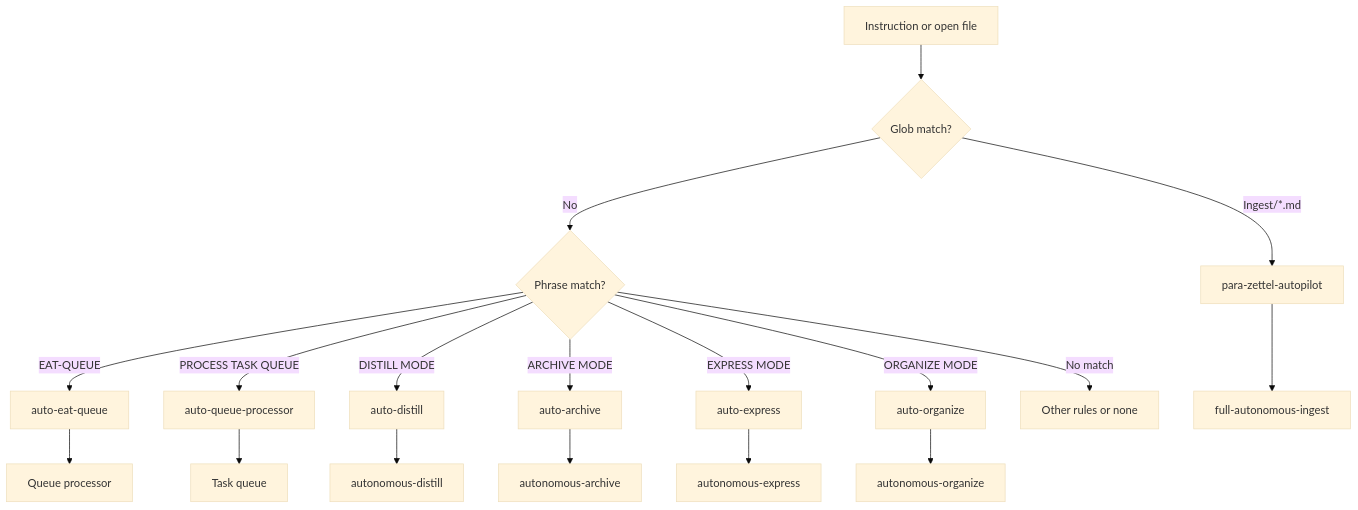
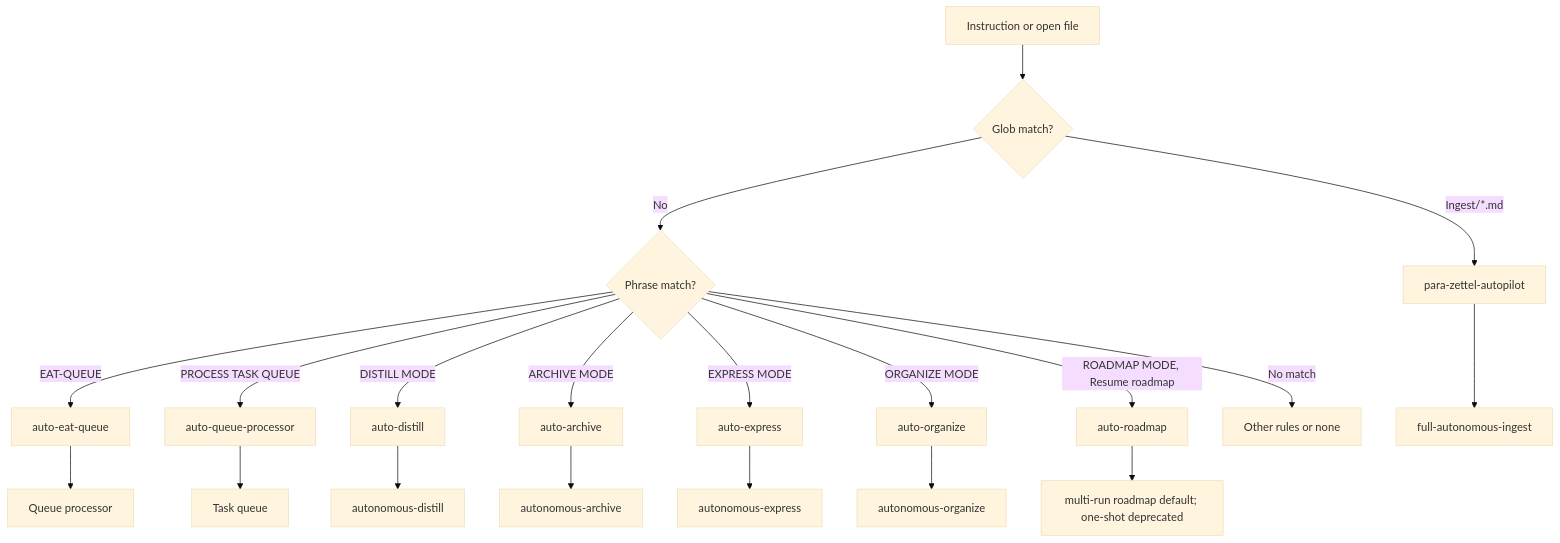
Before and after one commit to L0RDTH0TH/genesis-mythos-master-roadmap: the second of 2 diagrams in 3-Resources/Second-Brain/Rules.md, drawn with Mermaid (base theme). The commit also changed other lines of this file and 3337 other files, not shown here.

````diff
--- a/3-Resources/Second-Brain/Rules.md
+++ b/3-Resources/Second-Brain/Rules.md
@@ -96,21 +70,23 @@
 ```mermaid
 flowchart TD
   Input[Instruction or open file]
   Input --> Glob{Glob match?}
   Glob -->|Ingest/*.md| Ingest[para-zettel-autopilot]
   Glob -->|No| Phrase{Phrase match?}
   Phrase -->|EAT-QUEUE| Queue[auto-eat-queue]
   Phrase -->|PROCESS TASK QUEUE| TaskQ[auto-queue-processor]
   Phrase -->|DISTILL MODE| Distill[auto-distill]
   Phrase -->|ARCHIVE MODE| Archive[auto-archive]
   Phrase -->|EXPRESS MODE| Express[auto-express]
   Phrase -->|ORGANIZE MODE| Organize[auto-organize]
+  Phrase -->|ROADMAP MODE, Resume roadmap| Roadmap[auto-roadmap]
   Phrase -->|No match| Other[Other rules or none]
   Ingest --> fullIngest[full-autonomous-ingest]
   Queue --> queueProc[Queue processor]
   TaskQ --> taskQueue[Task queue]
   Distill --> autoDistill[autonomous-distill]
   Archive --> autoArchive[autonomous-archive]
+  Roadmap --> multiRunRoadmap[multi-run roadmap default; one-shot deprecated]
   Express --> autoExpress[autonomous-express]
   Organize --> autoOrganize[autonomous-organize]
 ```
````
